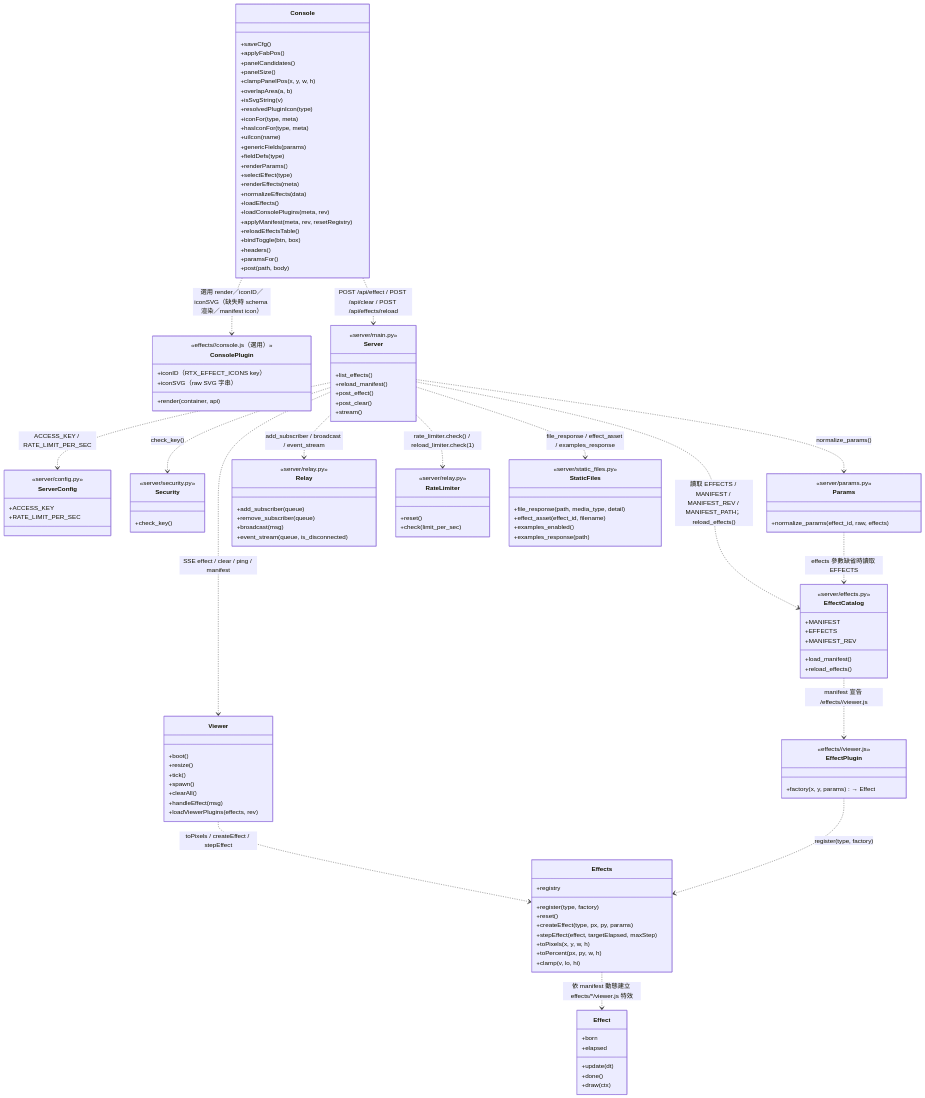
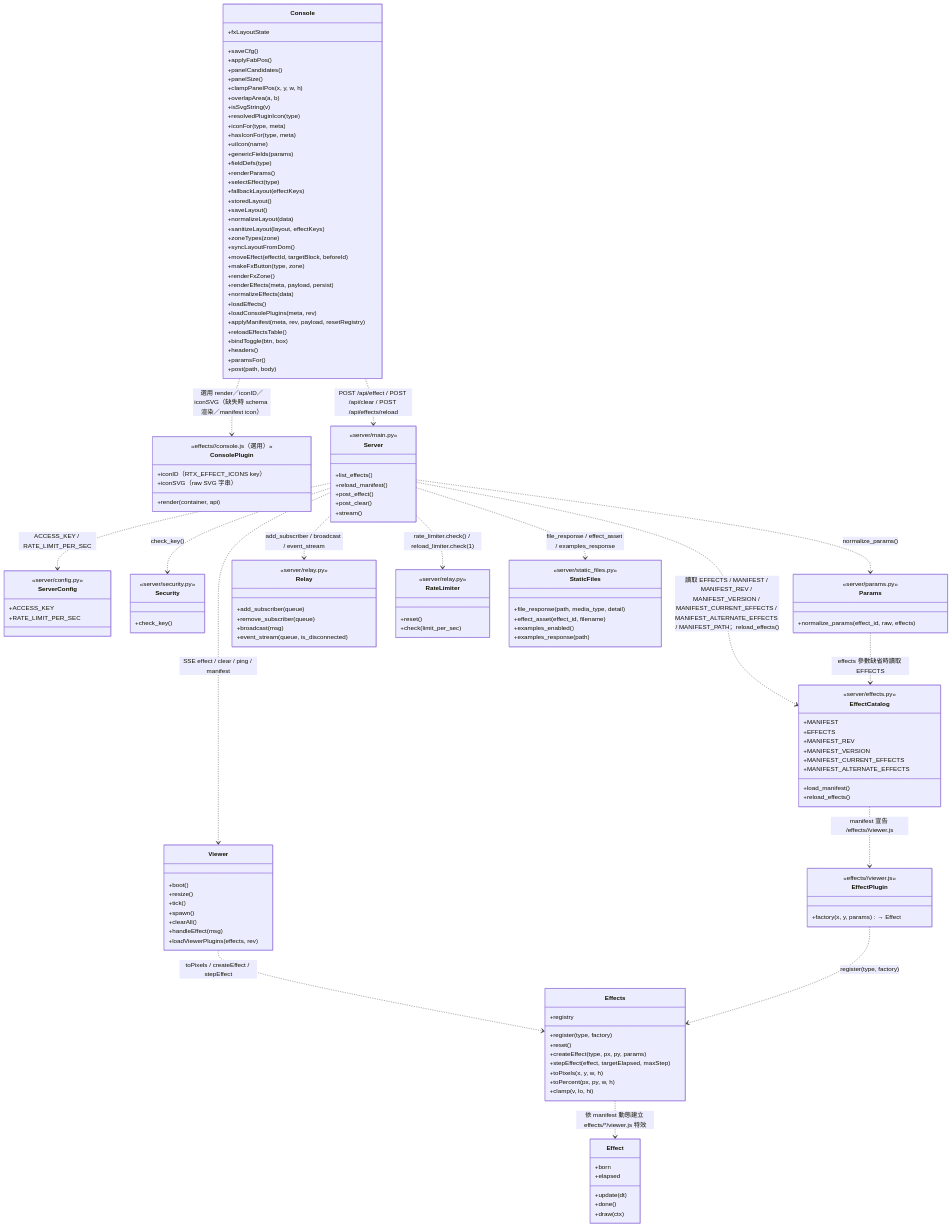
One commit to zivngit/Real-time-Interaction-html changed the fifth of 6 diagrams in docs/agents/CALL_GRAPH.md. Above: the diagram before and after it, drawn with Mermaid. The commit also changed other lines of this file and 17 other files, not shown here.

Commit message:
feat(effects): 支援 manifest v2 與 console 雙區特效布局

```diff
--- a/docs/agents/CALL_GRAPH.md
+++ b/docs/agents/CALL_GRAPH.md
@@ -208,6 +208,9 @@
         +MANIFEST
         +EFFECTS
         +MANIFEST_REV
+        +MANIFEST_VERSION
+        +MANIFEST_CURRENT_EFFECTS
+        +MANIFEST_ALTERNATE_EFFECTS
         +load_manifest()
         +reload_effects()
     }
@@ -252,6 +255,7 @@
         +stream()
     }
     class Console {
+        +fxLayoutState
         +saveCfg()
         +applyFabPos()
         +panelCandidates()
@@ -267,11 +271,21 @@
         +fieldDefs(type)
         +renderParams()
         +selectEffect(type)
-        +renderEffects(meta)
+        +fallbackLayout(effectKeys)
+        +storedLayout()
+        +saveLayout()
+        +normalizeLayout(data)
+        +sanitizeLayout(layout, effectKeys)
+        +zoneTypes(zone)
+        +syncLayoutFromDom()
+        +moveEffect(effectId, targetBlock, beforeId)
+        +makeFxButton(type, zone)
+        +renderFxZone()
+        +renderEffects(meta, payload, persist)
         +normalizeEffects(data)
         +loadEffects()
         +loadConsolePlugins(meta, rev)
-        +applyManifest(meta, rev, resetRegistry)
+        +applyManifest(meta, rev, payload, resetRegistry)
         +reloadEffectsTable()
         +bindToggle(btn, box)
         +headers()
@@ -283,7 +297,7 @@
     Effects ..> Effect : 依 manifest 動態建立 effects/*/viewer.js 特效
     Console ..> ConsolePlugin : 選用 render／iconID／iconSVG（缺失時 schema 渲染／manifest icon）
     Console ..> Server : POST /api/effect / POST /api/clear / POST /api/effects/reload
-    Server ..> EffectCatalog : 讀取 EFFECTS / MANIFEST / MANIFEST_REV / MANIFEST_PATH；reload_effects()
+    Server ..> EffectCatalog : 讀取 EFFECTS / MANIFEST / MANIFEST_REV / MANIFEST_VERSION / MANIFEST_CURRENT_EFFECTS / MANIFEST_ALTERNATE_EFFECTS / MANIFEST_PATH；reload_effects()
     Server ..> ServerConfig : ACCESS_KEY / RATE_LIMIT_PER_SEC
     Server ..> Security : check_key()
     Server ..> Params : normalize_params()
```
